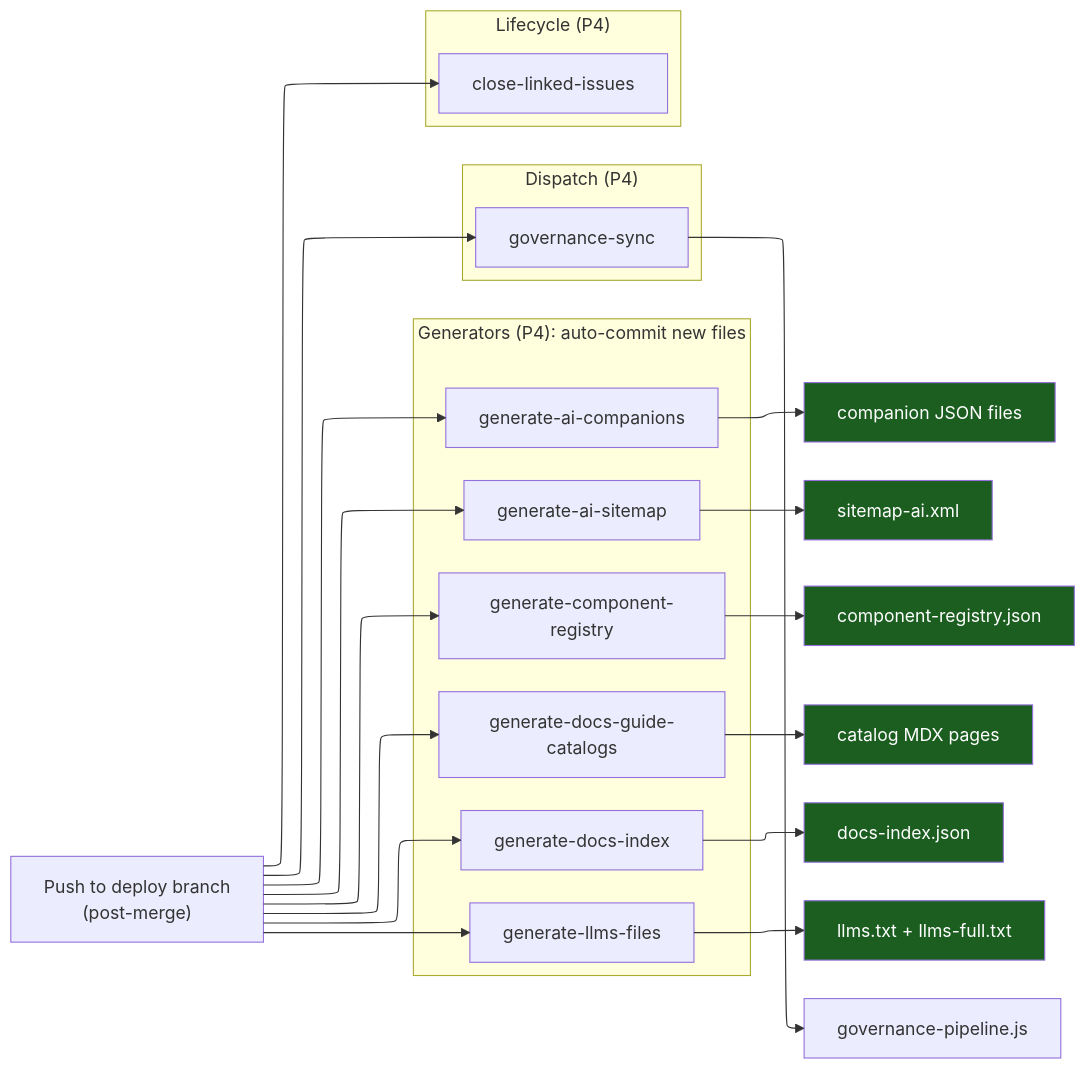
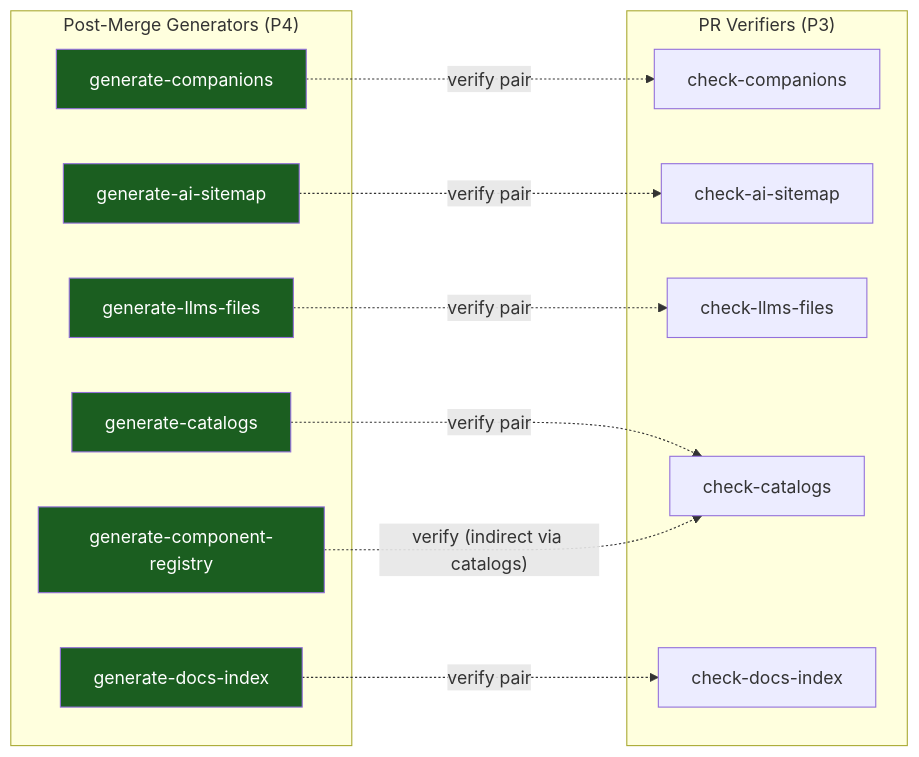
One commit to its-DeFine/docs changed the third of 5 diagrams in .github/workspace/outcomes.md. Above: the diagram before and after it, drawn with Mermaid. The commit also changed other lines of this file and 312 other files, not shown here.

````diff
--- a/.github/workspace/outcomes.md
+++ b/.github/workspace/outcomes.md
@@ -306,43 +165,33 @@
 ```mermaid
-%%{init: {'flowchart': {'defaultRenderer': 'elk'}}}%%
 graph LR
-    PUSH["Push to deploy branch<br/>(post-merge)"]
-
-    subgraph "Generators (P4): auto-commit new files"
-        GEN_COMP["generate-ai-companions"]
-        GEN_SITE["generate-ai-sitemap"]
-        GEN_REG["generate-component-registry"]
-        GEN_CAT["generate-docs-guide-catalogs"]
-        GEN_IDX["generate-docs-index"]
-        GEN_LLMS["generate-llms-files"]
+    subgraph "Post-Merge Generators (P4)"
+        G1["generate-companions"]
+        G2["generate-ai-sitemap"]
+        G3["generate-llms-files"]
+        G4["generate-component-registry"]
+        G5["generate-catalogs"]
+        G6["generate-docs-index"]
     end
 
-    subgraph "Dispatch (P4)"
-        GOV_SYNC["governance-sync"]
+    subgraph "PR Verifiers (P3)"
+        V1["check-companions"]
+        V2["check-ai-sitemap"]
+        V3["check-llms-files"]
+        V4["check-catalogs"]
+        V5["check-docs-index"]
     end
 
-    subgraph "Lifecycle (P4)"
-        CLOSE["close-linked-issues"]
-    end
+    G1 -.->|verify pair| V1
+    G2 -.->|verify pair| V2
+    G3 -.->|verify pair| V3
+    G5 -.->|verify pair| V4
+    G6 -.->|verify pair| V5
+    G4 -.->|"verify (indirect via catalogs)"| V4
 
-    PUSH --> GEN_COMP & GEN_SITE & GEN_REG
-    PUSH --> GEN_CAT & GEN_IDX & GEN_LLMS
-    PUSH --> GOV_SYNC
-    PUSH --> CLOSE
-
-    GEN_COMP --> D_COMP["companion JSON files"]
-    GEN_SITE --> D_SITE["sitemap-ai.xml"]
-    GEN_REG --> D_REG["component-registry.json"]
-    GEN_CAT --> D_CAT["catalog MDX pages"]
-    GEN_IDX --> D_IDX["docs-index.json"]
-    GEN_LLMS --> D_LLMS["llms.txt + llms-full.txt"]
-
-    GOV_SYNC --> S_GOV["governance-pipeline.js"]
-
-    style D_COMP fill:#1b5e20,color:#fff
-    style D_SITE fill:#1b5e20,color:#fff
-    style D_REG fill:#1b5e20,color:#fff
-    style D_CAT fill:#1b5e20,color:#fff
-    style D_IDX fill:#1b5e20,color:#fff
-    style D_LLMS fill:#1b5e20,color:#fff
+    style G1 fill:#1b5e20,color:#fff
+    style G2 fill:#1b5e20,color:#fff
+    style G3 fill:#1b5e20,color:#fff
+    style G4 fill:#1b5e20,color:#fff
+    style G5 fill:#1b5e20,color:#fff
+    style G6 fill:#1b5e20,color:#fff
 ```
````
